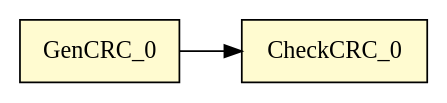
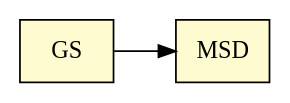
One commit to tfcollins/MATLAB-Dataflow changed the diagram in graphs/simple_with_channel.dot. Above: the diagram before and after it, drawn with Graphviz. The commit also changed 20 other files, not shown here.

```diff
--- a/graphs/simple_with_channel.dot
+++ b/graphs/simple_with_channel.dot
@@ -1,6 +1,6 @@
 digraph MyGraph{
     fillcolor=red;
     rankdir=LR;
     node[shape=box,style=filled,fillcolor="#FFFBD0",color=black];
-    GenCRC_0->CheckCRC_0;
+    GS->MSD;
 }
```
